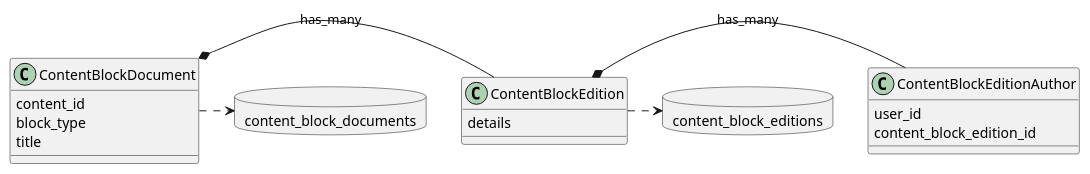
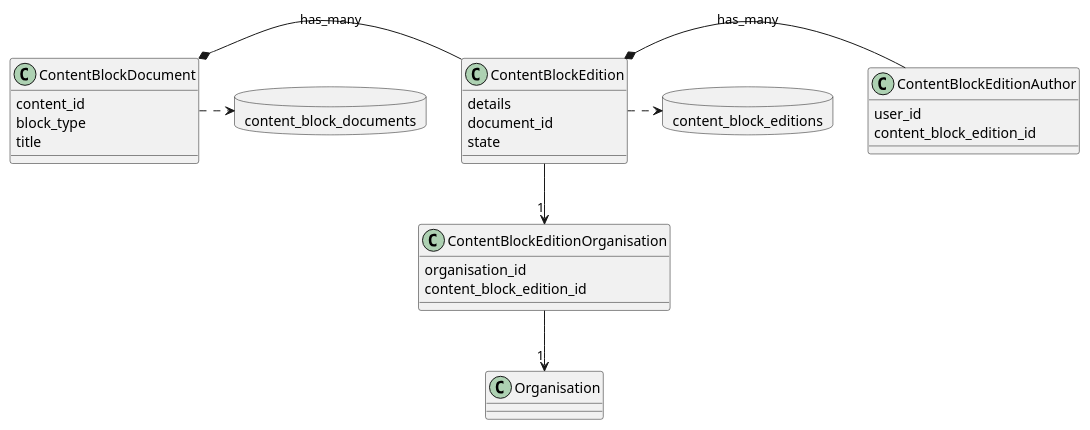
The diagram in docs/diagrams/object_store_models.puml (alphagov/whitehall), drawn with PlantUML before and after one commit. The commit also changed 1 other file, not shown here.

Commit message:
update uml diagram

```diff
--- a/docs/diagrams/object_store_models.puml
+++ b/docs/diagrams/object_store_models.puml
@@ -1,31 +1,42 @@
 @startuml object_store_models
 allowmixing
 hide empty description
 
 together {
     class ContentBlockDocument {
         content_id
         block_type
         title
     }
     database content_block_documents
     ContentBlockDocument .> content_block_documents
 }
 
 together {
     class ContentBlockEdition {
         details
+        document_id
+        state
     }
     database content_block_editions
     ContentBlockEdition .> content_block_editions
 }
 
 class ContentBlockEditionAuthor {
         user_id
         content_block_edition_id
 }
 
+class ContentBlockEditionOrganisation {
+        organisation_id
+        content_block_edition_id
+}
+
+class Organisation
+
 ContentBlockDocument *-r- ContentBlockEdition : "has_many"
 ContentBlockEdition *-r- ContentBlockEditionAuthor : "has_many"
+ContentBlockEdition --> "1" ContentBlockEditionOrganisation
+ContentBlockEditionOrganisation --> "1" Organisation
 
 @enduml
```
